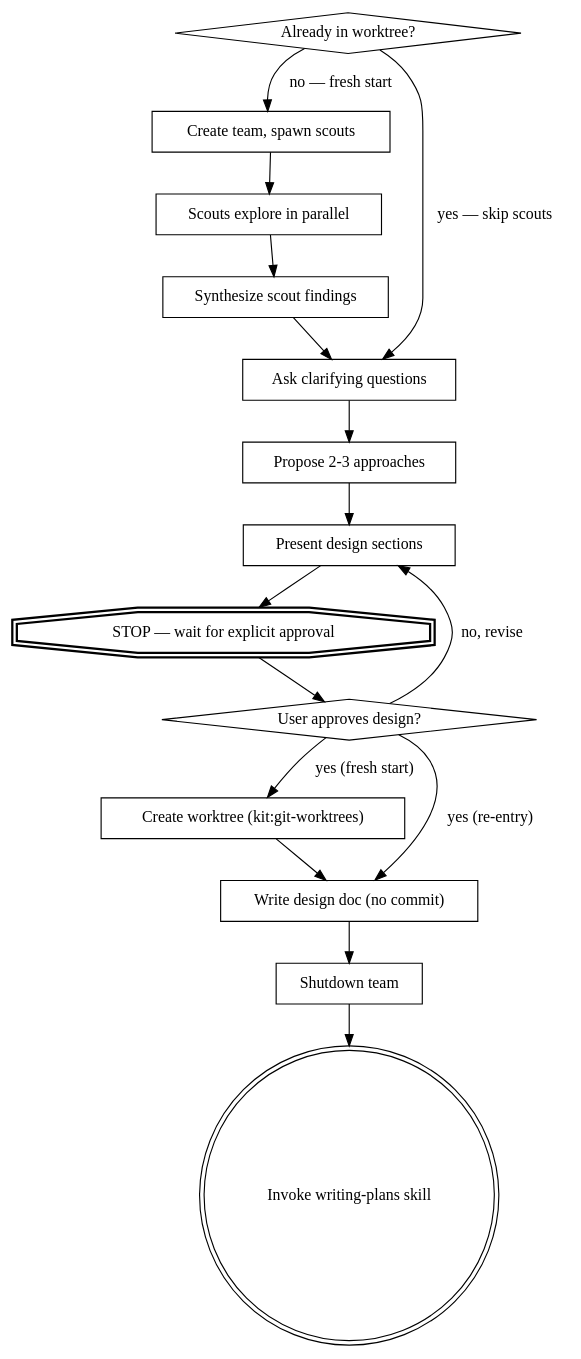
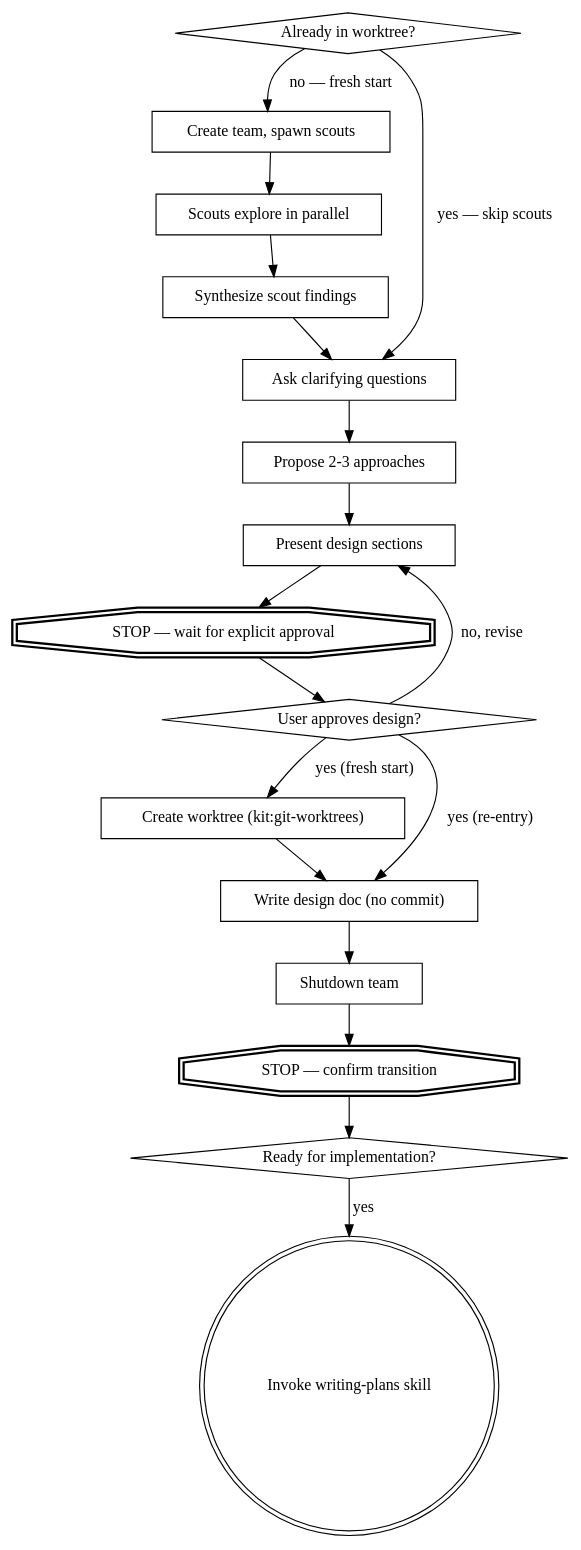
The diagram in skills/brainstorming/SKILL.md (shousper/claude-kit), drawn with Graphviz before and after one commit. The commit also changed other lines of this file and 5 other files, not shown here.

````diff
--- a/skills/brainstorming/SKILL.md
+++ b/skills/brainstorming/SKILL.md
@@ -56,33 +58,37 @@
 ```dot
 digraph brainstorming {
     "Already in worktree?" [shape=diamond];
     "Create team, spawn scouts" [shape=box];
     "Scouts explore in parallel" [shape=box];
     "Synthesize scout findings" [shape=box];
     "Ask clarifying questions" [shape=box];
     "Propose 2-3 approaches" [shape=box];
     "Present design sections" [shape=box];
     "STOP — wait for explicit approval" [shape=doubleoctagon, style=bold];
     "User approves design?" [shape=diamond];
     "Create worktree (kit:git-worktrees)" [shape=box];
     "Write design doc (no commit)" [shape=box];
     "Shutdown team" [shape=box];
+    "STOP — confirm transition" [shape=doubleoctagon, style=bold];
+    "Ready for implementation?" [shape=diamond];
     "Invoke writing-plans skill" [shape=doublecircle];
 
     "Already in worktree?" -> "Ask clarifying questions" [label="yes — skip scouts"];
     "Already in worktree?" -> "Create team, spawn scouts" [label="no — fresh start"];
     "Create team, spawn scouts" -> "Scouts explore in parallel";
     "Scouts explore in parallel" -> "Synthesize scout findings";
     "Synthesize scout findings" -> "Ask clarifying questions";
     "Ask clarifying questions" -> "Propose 2-3 approaches";
     "Propose 2-3 approaches" -> "Present design sections";
     "Present design sections" -> "STOP — wait for explicit approval";
     "STOP — wait for explicit approval" -> "User approves design?";
     "User approves design?" -> "Present design sections" [label="no, revise"];
     "User approves design?" -> "Create worktree (kit:git-worktrees)" [label="yes (fresh start)"];
     "User approves design?" -> "Write design doc (no commit)" [label="yes (re-entry)"];
     "Create worktree (kit:git-worktrees)" -> "Write design doc (no commit)";
     "Write design doc (no commit)" -> "Shutdown team";
-    "Shutdown team" -> "Invoke writing-plans skill";
+    "Shutdown team" -> "STOP — confirm transition";
+    "STOP — confirm transition" -> "Ready for implementation?";
+    "Ready for implementation?" -> "Invoke writing-plans skill" [label="yes"];
 }
 ```
````
